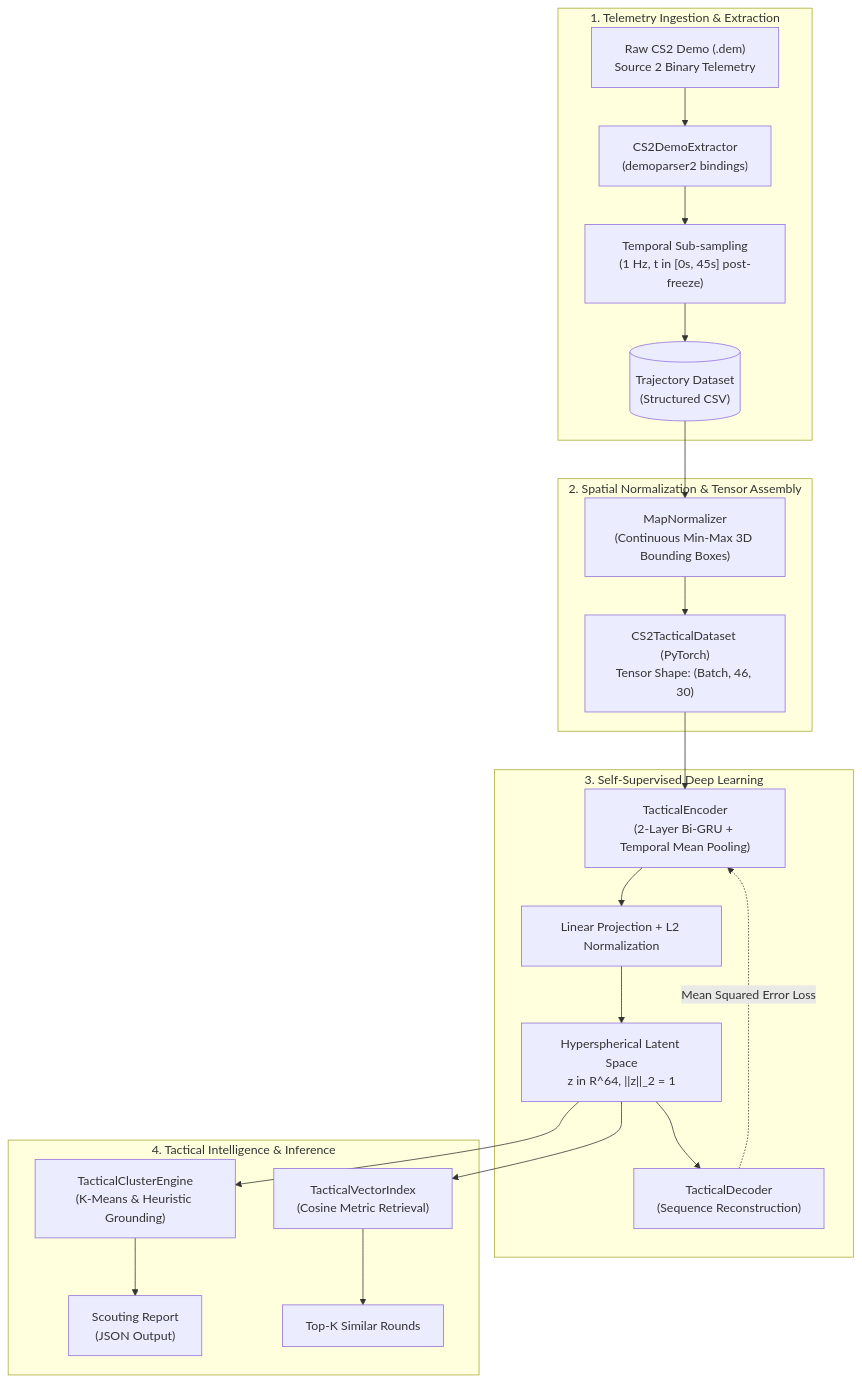
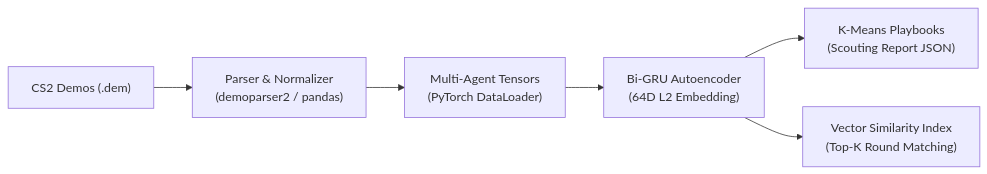
Before and after one commit to delaubier/AntiStrat-AI: the diagram in README.md, drawn with Mermaid. The commit also changed other lines of this file, not shown here.

````diff
--- a/README.md
+++ b/README.md
@@ -32,28 +28,8 @@
 ```mermaid
-flowchart TD
-    subgraph Phase1 ["1. Telemetry Ingestion & Extraction"]
-        DEM["Raw CS2 Demo (.dem)<br/>Source 2 Binary Telemetry"] --> EXTRACTOR["CS2DemoExtractor<br/>(demoparser2 bindings)"]
-        EXTRACTOR --> DOWNSAMPLE["Temporal Sub-sampling<br/>(1 Hz, t in [0s, 45s] post-freeze)"]
-        DOWNSAMPLE --> CSV_DATA[("Trajectory Dataset<br/>(Structured CSV)")]
-    end
-
-    subgraph Phase2 ["2. Spatial Normalization & Tensor Assembly"]
-        CSV_DATA --> NORMALIZER["MapNormalizer<br/>(Continuous Min-Max 3D Bounding Boxes)"]
-        NORMALIZER --> DATASET["CS2TacticalDataset (PyTorch)<br/>Tensor Shape: (Batch, 46, 30)"]
-    end
-
-    subgraph Phase3 ["3. Self-Supervised Deep Learning"]
-        DATASET --> ENCODER["TacticalEncoder<br/>(2-Layer Bi-GRU + Temporal Mean Pooling)"]
-        ENCODER --> PROJECTION["Linear Projection + L2 Normalization"]
-        PROJECTION --> LATENT["Hyperspherical Latent Space<br/>z in R^64, ||z||_2 = 1"]
-        LATENT --> DECODER["TacticalDecoder<br/>(Sequence Reconstruction)"]
-        DECODER -.->|"Mean Squared Error Loss"| ENCODER
-    end
-
-    subgraph Phase4 ["4. Tactical Intelligence & Inference"]
-        LATENT --> CLUSTERING["TacticalClusterEngine<br/>(K-Means & Heuristic Grounding)"]
-        LATENT --> VECTOR_INDEX["TacticalVectorIndex<br/>(Cosine Metric Retrieval)"]
-        CLUSTERING --> SCOUT_REPORT["Scouting Report<br/>(JSON Output)"]
-        VECTOR_INDEX --> TOPK_RESULTS["Top-K Similar Rounds"]
-    end
+flowchart LR
+    DEM["CS2 Demos (.dem)"] --> PARSER["Parser & Normalizer<br/>(demoparser2 / pandas)"]
+    PARSER --> TENSOR["Multi-Agent Tensors<br/>(PyTorch DataLoader)"]
+    TENSOR --> MODEL["Bi-GRU Autoencoder<br/>(64D L2 Embedding)"]
+    MODEL --> CLUSTER["K-Means Playbooks<br/>(Scouting Report JSON)"]
+    MODEL --> SEARCH["Vector Similarity Index<br/>(Top-K Round Matching)"]
 ```
````
